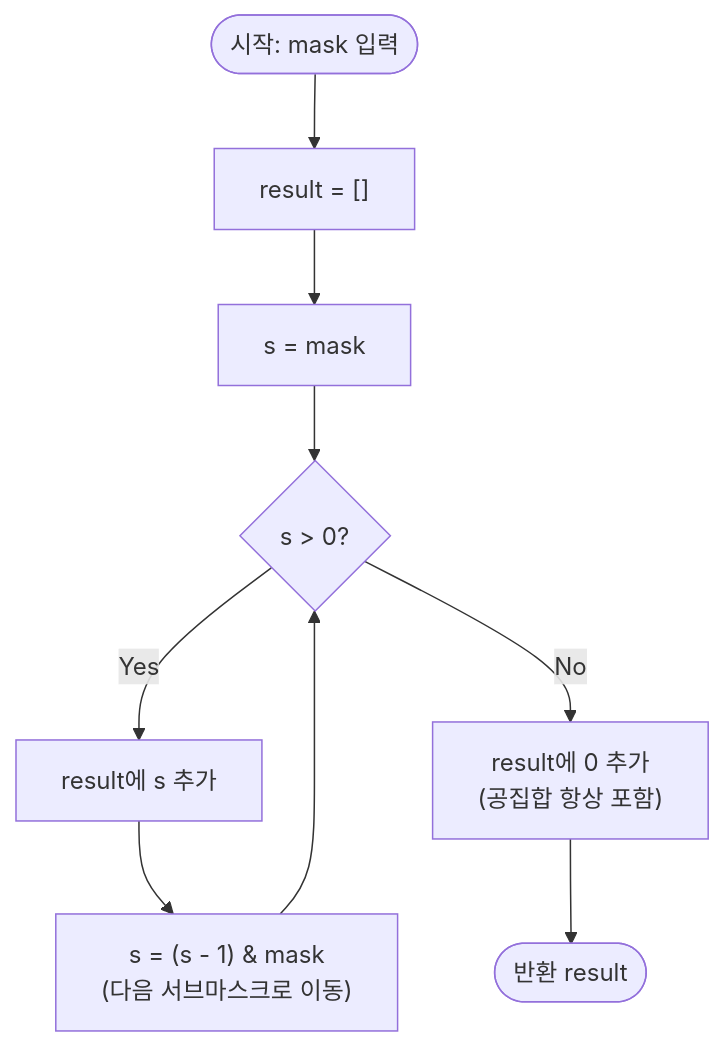
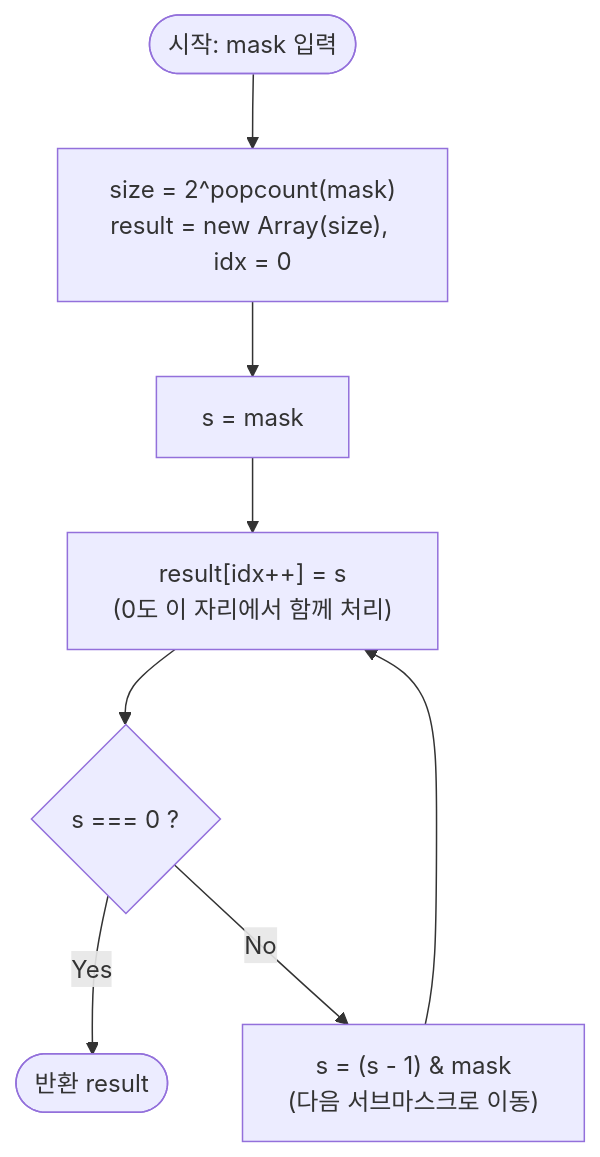
Before and after one commit to centurio1987/grow-up-programming: the diagram in src/algorithms/bit-manipulation/enumerateSubmasks/enumerateSubmasks-guide.mdx, drawn with Mermaid. The commit also changed other lines of this file and 12 other files, not shown here.

````diff
--- a/src/algorithms/bit-manipulation/enumerateSubmasks/enumerateSubmasks-guide.mdx
+++ b/src/algorithms/bit-manipulation/enumerateSubmasks/enumerateSubmasks-guide.mdx
@@ -241,11 +312,10 @@
 ```mermaid
 flowchart TD
-    A([시작: mask 입력]) --> B["result = []"]
+    A(["시작: mask 입력"]) --> B["size = 2^popcount(mask)<br/>result = new Array(size), idx = 0"]
     B --> C["s = mask"]
-    C --> D{s > 0?}
-    D -- Yes --> E["result에 s 추가"]
-    E --> F["s = (s - 1) & mask\n(다음 서브마스크로 이동)"]
-    F --> D
-    D -- No --> G["result에 0 추가\n(공집합 항상 포함)"]
-    G --> H([반환 result])
+    C --> D["result[idx++] = s<br/>(0도 이 자리에서 함께 처리)"]
+    D --> E{"s === 0 ?"}
+    E -- Yes --> F(["반환 result"])
+    E -- No --> G["s = (s - 1) & mask<br/>(다음 서브마스크로 이동)"]
+    G --> D
 ```
````
